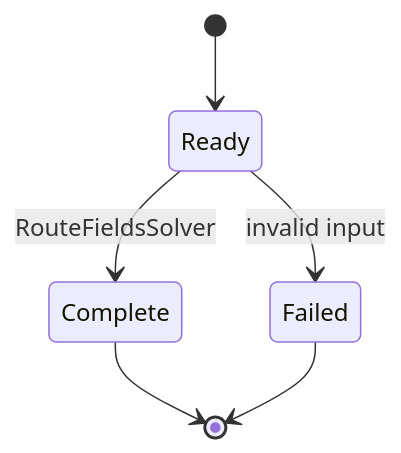
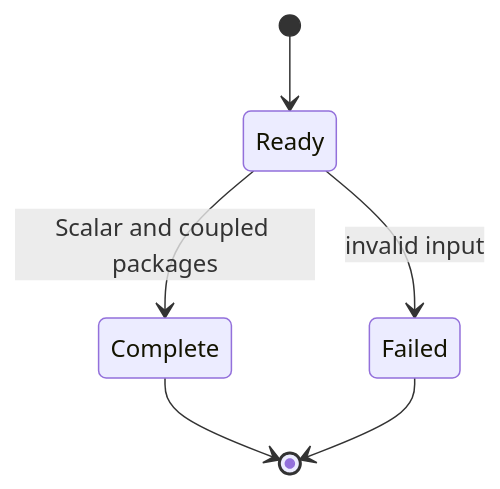
One commit to ShiboSoftwareDev/signal-integrity-pipeline changed the second of 2 diagrams in docs/ARCHITECTURE.md. Above: the diagram before and after it, drawn with Mermaid. The commit also changed other lines of this file and 26 other files, not shown here.

First line of the commit message:
feat: add IBIS package models, including coupled packages

````diff
--- a/docs/ARCHITECTURE.md
+++ b/docs/ARCHITECTURE.md
@@ -15,8 +16,8 @@
 ```mermaid
 stateDiagram-v2
   [*] --> Ready
-  Ready --> Complete: RouteFieldsSolver
+  Ready --> Complete: Scalar and coupled packages
   Ready --> Failed: invalid input
   Complete --> [*]
   Failed --> [*]
 ```
````
